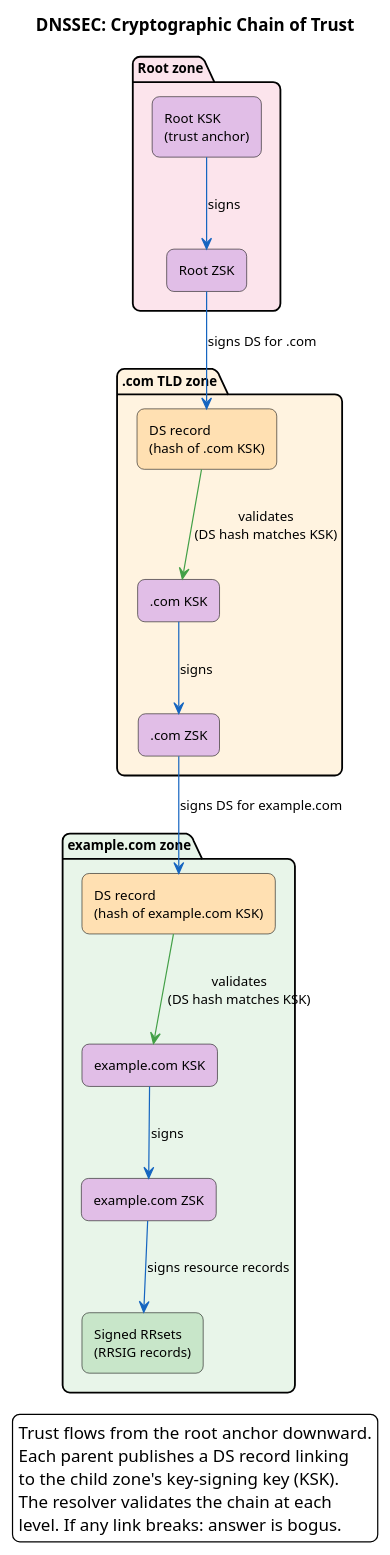
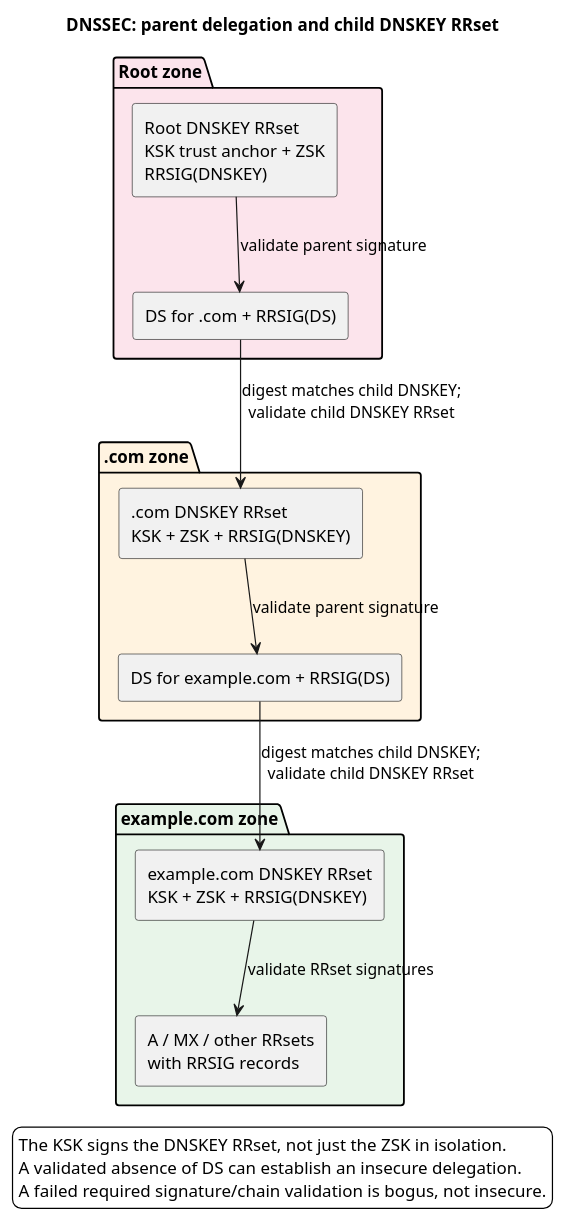
One commit to antonioclim/COMPNET-EN changed the diagram in 03_LECTURES/C11/assets/puml/fig-dnssec-chain-of-trust.puml. Above: the diagram before and after it, drawn with PlantUML. The commit also changed 551 other files, not shown here.

```diff
--- a/03_LECTURES/C11/assets/puml/fig-dnssec-chain-of-trust.puml
+++ b/03_LECTURES/C11/assets/puml/fig-dnssec-chain-of-trust.puml
@@ -1,44 +1,28 @@
 @startuml fig-dnssec-chain-of-trust
 skinparam backgroundColor white
 skinparam defaultFontName Arial
-skinparam defaultFontSize 11
 skinparam shadowing false
-skinparam roundcorner 12
-
-title DNSSEC: Cryptographic Chain of Trust
-
-package "Root zone" as RZ #FCE4EC {
-    rectangle "Root KSK\n(trust anchor)" as RKSK #E1BEE7
-    rectangle "Root ZSK" as RZSK #E1BEE7
+title DNSSEC: parent delegation and child DNSKEY RRset
+package "Root zone" #FCE4EC {
+  rectangle "Root DNSKEY RRset\nKSK trust anchor + ZSK\nRRSIG(DNSKEY)" as root
+  rectangle "DS for .com + RRSIG(DS)" as comds
 }
-
-package ".com TLD zone" as TZ #FFF3E0 {
-    rectangle "DS record\n(hash of .com KSK)" as RDS #FFE0B2
-    rectangle ".com KSK" as TKSK #E1BEE7
-    rectangle ".com ZSK" as TZSK #E1BEE7
+package ".com zone" #FFF3E0 {
+  rectangle ".com DNSKEY RRset\nKSK + ZSK + RRSIG(DNSKEY)" as comkey
+  rectangle "DS for example.com + RRSIG(DS)" as exds
 }
-
-package "example.com zone" as EZ #E8F5E9 {
-    rectangle "DS record\n(hash of example.com KSK)" as TDS #FFE0B2
-    rectangle "example.com KSK" as EKSK #E1BEE7
-    rectangle "example.com ZSK" as EZSK #E1BEE7
-    rectangle "Signed RRsets\n(RRSIG records)" as RRSIG #C8E6C9
+package "example.com zone" #E8F5E9 {
+  rectangle "example.com DNSKEY RRset\nKSK + ZSK + RRSIG(DNSKEY)" as exkey
+  rectangle "A / MX / other RRsets\nwith RRSIG records" as data
 }
-
-RKSK -[#1565C0]-> RZSK : signs
-RZSK -[#1565C0]-> RDS : signs DS for .com
-RDS -[#43A047]-> TKSK : validates\n(DS hash matches KSK)
-TKSK -[#1565C0]-> TZSK : signs
-TZSK -[#1565C0]-> TDS : signs DS for example.com
-TDS -[#43A047]-> EKSK : validates\n(DS hash matches KSK)
-EKSK -[#1565C0]-> EZSK : signs
-EZSK -[#1565C0]-> RRSIG : signs resource records
-
-legend right
-  Trust flows from the root anchor downward.
-  Each parent publishes a DS record linking
-  to the child zone's key-signing key (KSK).
-  The resolver validates the chain at each
-  level. If any link breaks: answer is bogus.
+root --> comds : validate parent signature
+comds --> comkey : digest matches child DNSKEY;\nvalidate child DNSKEY RRset
+comkey --> exds : validate parent signature
+exds --> exkey : digest matches child DNSKEY;\nvalidate child DNSKEY RRset
+exkey --> data : validate RRset signatures
+legend bottom
+  The KSK signs the DNSKEY RRset, not just the ZSK in isolation.
+  A validated absence of DS can establish an insecure delegation.
+  A failed required signature/chain validation is bogus, not insecure.
 endlegend
 @enduml
```
